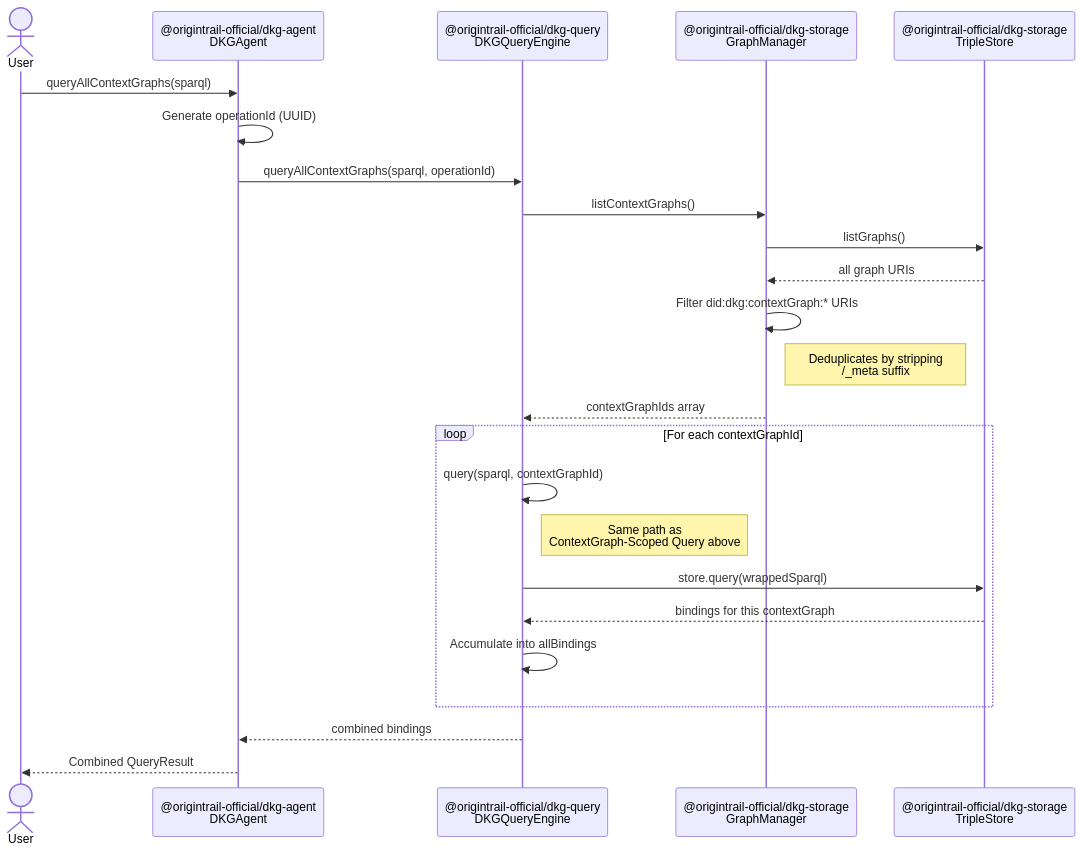
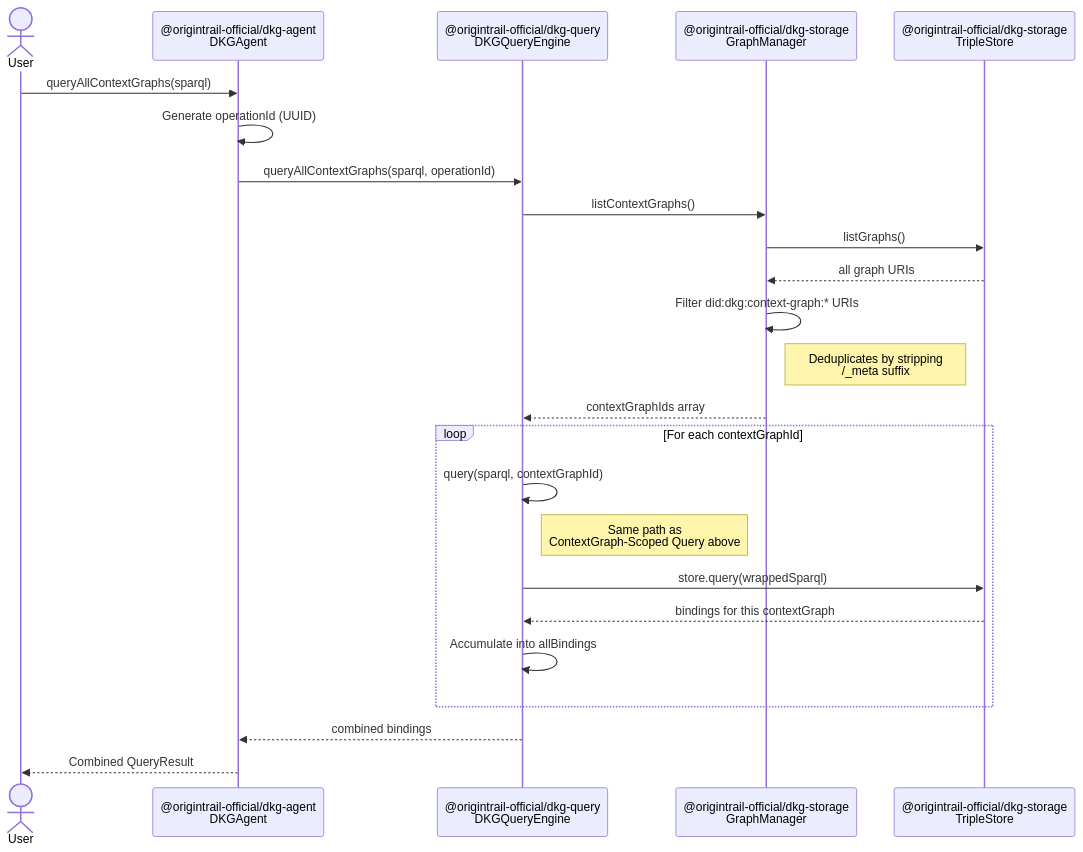
The second of 4 diagrams in docs/diagrams/query-flow.md (KilianTrunk/dkg), drawn with Mermaid before and after one commit. The commit also changed other lines of this file and 44 other files, not shown here.

Commit message:
fix: align context graph protocol cleanup

````diff
--- a/docs/diagrams/query-flow.md
+++ b/docs/diagrams/query-flow.md
@@ -54,30 +54,30 @@
 ```mermaid
 sequenceDiagram
     actor User
     participant Agent as @origintrail-official/dkg-agent<br/>DKGAgent
     participant QueryEngine as @origintrail-official/dkg-query<br/>DKGQueryEngine
     participant GraphMgr as @origintrail-official/dkg-storage<br/>GraphManager
     participant Store as @origintrail-official/dkg-storage<br/>TripleStore
 
     User ->> Agent: queryAllContextGraphs(sparql)
     Agent ->> Agent: Generate operationId (UUID)
     Agent ->> QueryEngine: queryAllContextGraphs(sparql, operationId)
 
     QueryEngine ->> GraphMgr: listContextGraphs()
     GraphMgr ->> Store: listGraphs()
     Store -->> GraphMgr: all graph URIs
-    GraphMgr ->> GraphMgr: Filter did:dkg:contextGraph:* URIs
+    GraphMgr ->> GraphMgr: Filter did:dkg:context-graph:* URIs
     Note right of GraphMgr: Deduplicates by stripping<br/>/_meta suffix
     GraphMgr -->> QueryEngine: contextGraphIds array
 
     loop For each contextGraphId
         QueryEngine ->> QueryEngine: query(sparql, contextGraphId)
         Note right of QueryEngine: Same path as<br/>ContextGraph-Scoped Query above
         QueryEngine ->> Store: store.query(wrappedSparql)
         Store -->> QueryEngine: bindings for this contextGraph
         QueryEngine ->> QueryEngine: Accumulate into allBindings
     end
 
     QueryEngine -->> Agent: combined bindings
     Agent -->> User: Combined QueryResult
 ```
````
